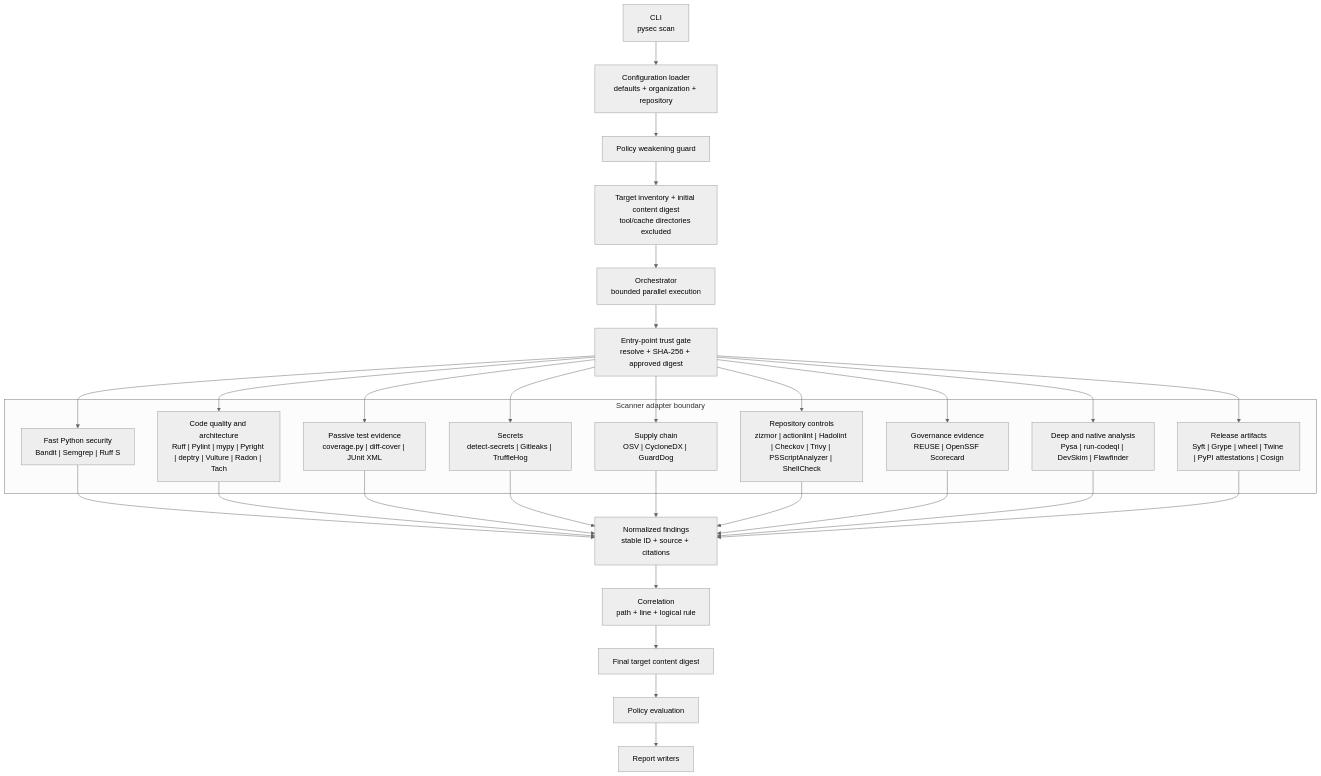
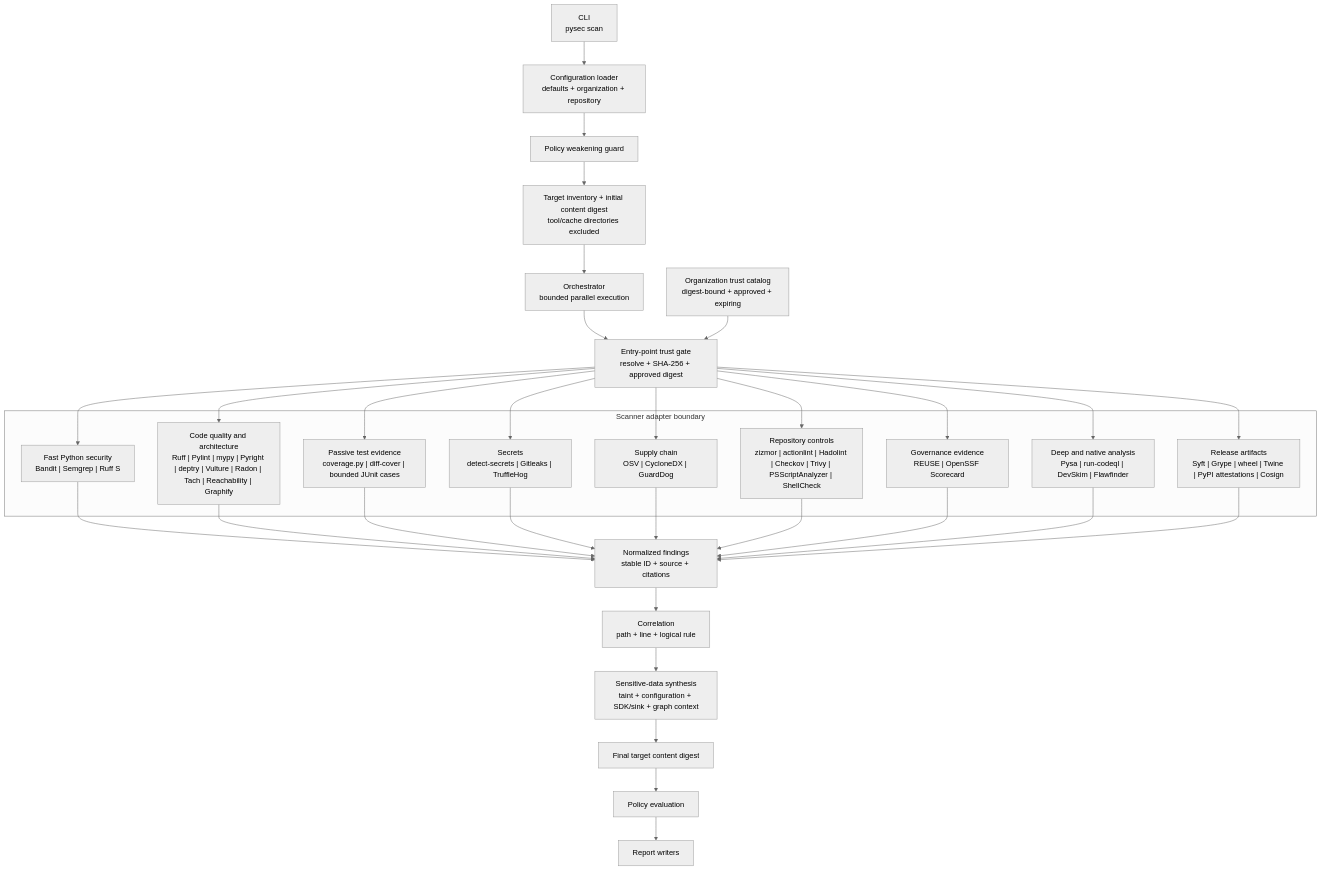
The seventh of 16 diagrams in docs/design.md (willtran87/project-py-security-suite), drawn with Mermaid (neutral theme) before and after one commit. The commit also changed other lines of this file and 456 other files, not shown here.

````diff
--- a/docs/design.md
+++ b/docs/design.md
@@ -125,48 +282,51 @@
 ```mermaid
 flowchart TD
     CLI["CLI<br/>pysec scan"]
     Config["Configuration loader<br/>defaults + organization + repository"]
     Guard["Policy weakening guard"]
     Inventory["Target inventory + initial content digest<br/>tool/cache directories excluded"]
     Orchestrator["Orchestrator<br/>bounded parallel execution"]
+    TrustCatalog["Organization trust catalog<br/>digest-bound + approved + expiring"]
     ToolTrust["Entry-point trust gate<br/>resolve + SHA-256 + approved digest"]
     FinalSnapshot["Final target content digest"]
 
     subgraph Adapters["Scanner adapter boundary"]
         Fast["Fast Python security<br/>Bandit | Semgrep | Ruff S"]
-        Quality["Code quality and architecture<br/>Ruff | Pylint | mypy | Pyright | deptry | Vulture | Radon | Tach"]
-        Tests["Passive test evidence<br/>coverage.py | diff-cover | JUnit XML"]
+        Quality["Code quality and architecture<br/>Ruff | Pylint | mypy | Pyright | deptry | Vulture | Radon | Tach | Reachability | Graphify"]
+        Tests["Passive test evidence<br/>coverage.py | diff-cover | bounded JUnit cases"]
         Secrets["Secrets<br/>detect-secrets | Gitleaks | TruffleHog"]
         Supply["Supply chain<br/>OSV | CycloneDX | GuardDog"]
         Pipeline["Repository controls<br/>zizmor | actionlint | Hadolint | Checkov | Trivy | PSScriptAnalyzer | ShellCheck"]
         Governance["Governance evidence<br/>REUSE | OpenSSF Scorecard"]
         Deep["Deep and native analysis<br/>Pysa | run-codeql | DevSkim | Flawfinder"]
         Artifact["Release artifacts<br/>Syft | Grype | wheel | Twine | PyPI attestations | Cosign"]
     end
 
     Normalize["Normalized findings<br/>stable ID + source + citations"]
     Correlate["Correlation<br/>path + line + logical rule"]
+    Exposure["Sensitive-data synthesis<br/>taint + configuration + SDK/sink + graph context"]
     Policy["Policy evaluation"]
     Report["Report writers"]
 
     CLI --> Config --> Guard --> Inventory --> Orchestrator --> ToolTrust
+    TrustCatalog --> ToolTrust
     ToolTrust --> Fast
     ToolTrust --> Quality
     ToolTrust --> Tests
     ToolTrust --> Secrets
     ToolTrust --> Supply
     ToolTrust --> Pipeline
     ToolTrust --> Governance
     ToolTrust --> Deep
     ToolTrust --> Artifact
     Fast --> Normalize
     Quality --> Normalize
     Tests --> Normalize
     Secrets --> Normalize
     Supply --> Normalize
     Pipeline --> Normalize
     Governance --> Normalize
     Deep --> Normalize
     Artifact --> Normalize
-    Normalize --> Correlate --> FinalSnapshot --> Policy --> Report
+    Normalize --> Correlate --> Exposure --> FinalSnapshot --> Policy --> Report
 ```
````
